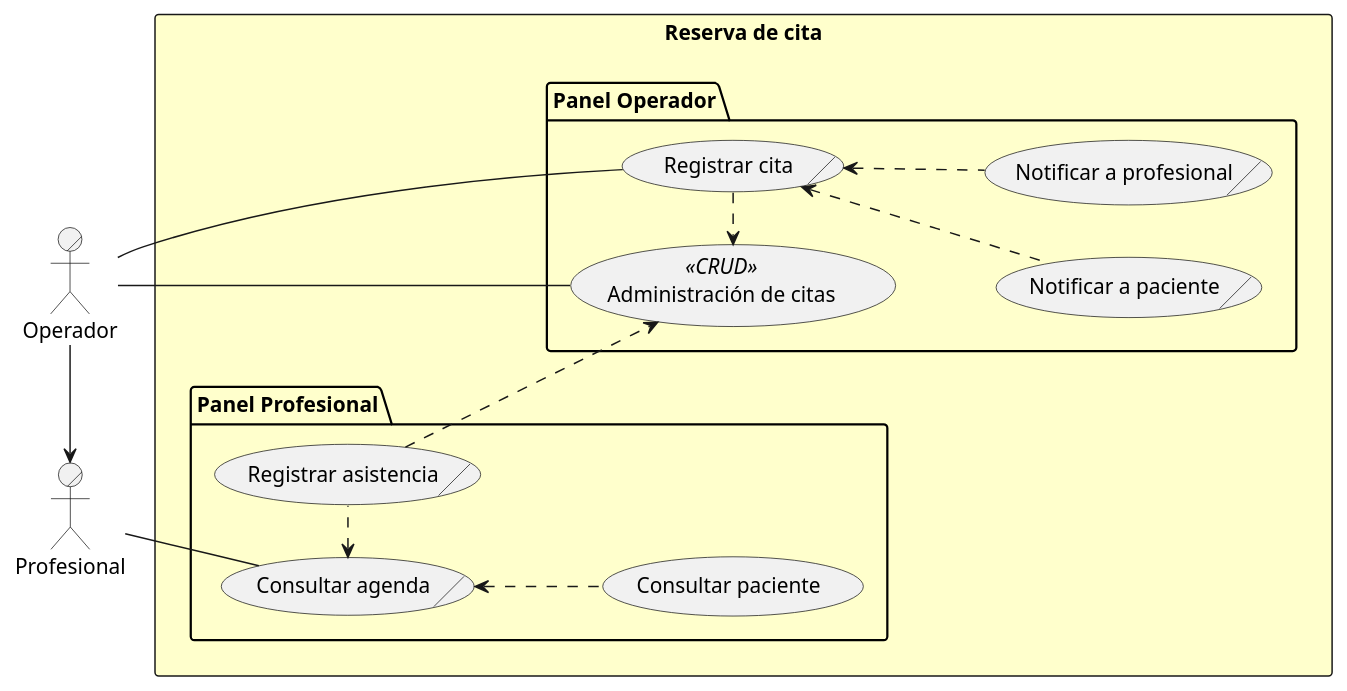
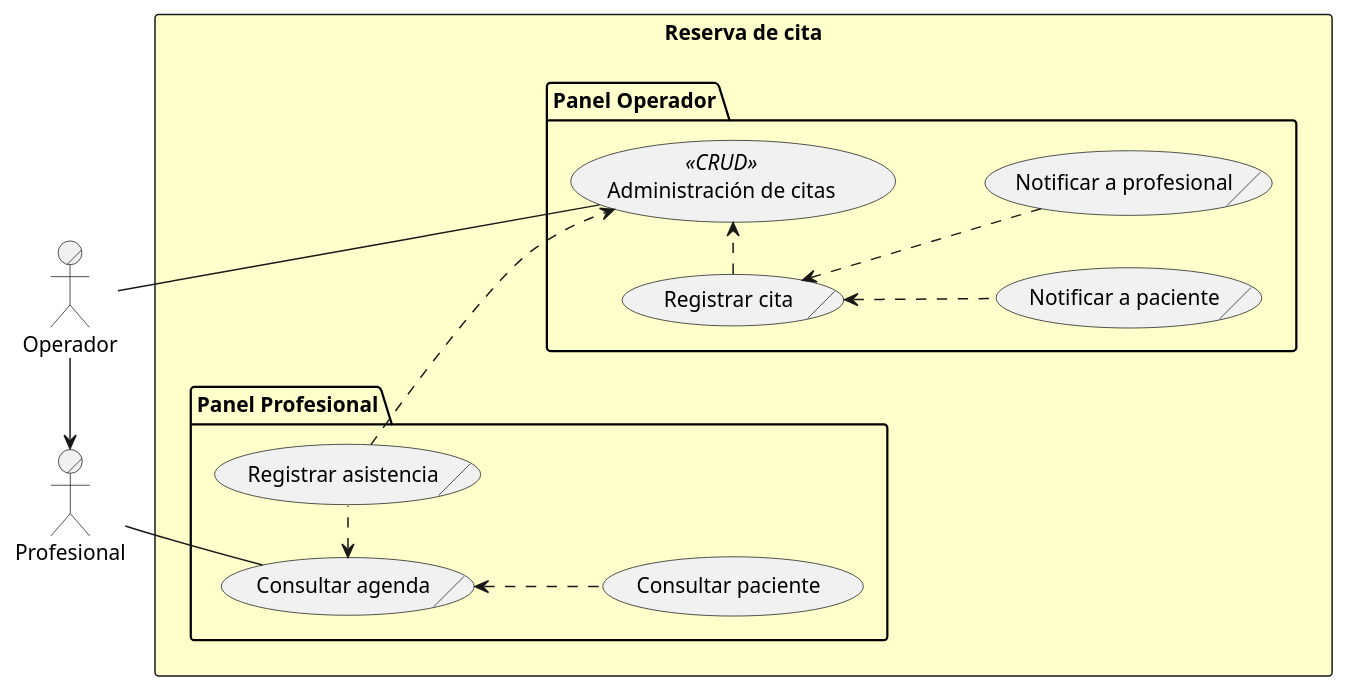
The diagram in ROOT/modules/proyecto/puml/citas-business-usecase.puml (capsi-ucp/capsi-ucp.github.io), drawn with PlantUML before and after one commit.

Commit message:
Caso de uso de lógica de negocio para la reserva de citas

```diff
--- a/ROOT/modules/proyecto/puml/citas-business-usecase.puml
+++ b/ROOT/modules/proyecto/puml/citas-business-usecase.puml
@@ -1,30 +1,29 @@
 @startuml
 left to right direction
 actor/ Operador
 actor/ Profesional
 
 rectangle "Reserva de cita" #BUSINESS {
   package "Panel Operador" {
     usecase "Administración de citas" as AdminCitas << CRUD >>
     usecase/ "Registrar cita" as Citar
     usecase/ "Notificar a paciente" as NotificarPaciente
     usecase/ "Notificar a profesional" as NotificarProfesional
   }
   package "Panel Profesional" {
     usecase/ "Consultar agenda" as Agenda
     usecase "Consultar paciente" as ConsultarPaciente
     usecase/ "Registrar asistencia" as Asistencia
   }
 }
 
 Operador -- AdminCitas
-Operador -- Citar
 Profesional -- Agenda
 Operador -> Profesional
 Citar .> AdminCitas
 Citar <.. NotificarPaciente
 Citar <.. NotificarProfesional
 Agenda <.. ConsultarPaciente
 Agenda <. Asistencia
 Asistencia -.> AdminCitas
 @enduml
```
